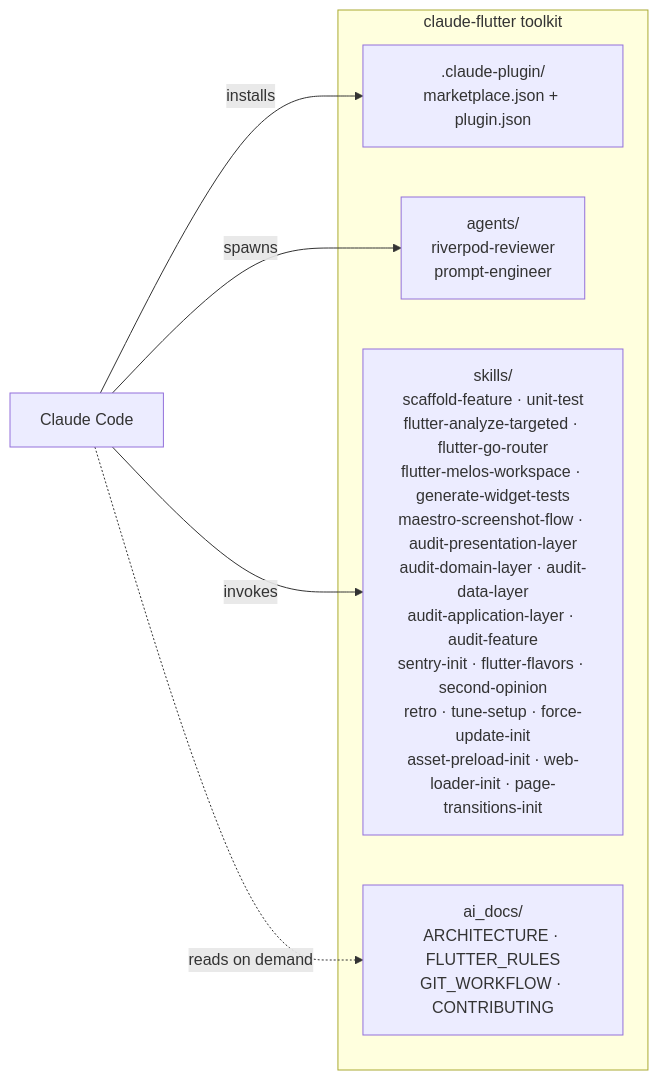
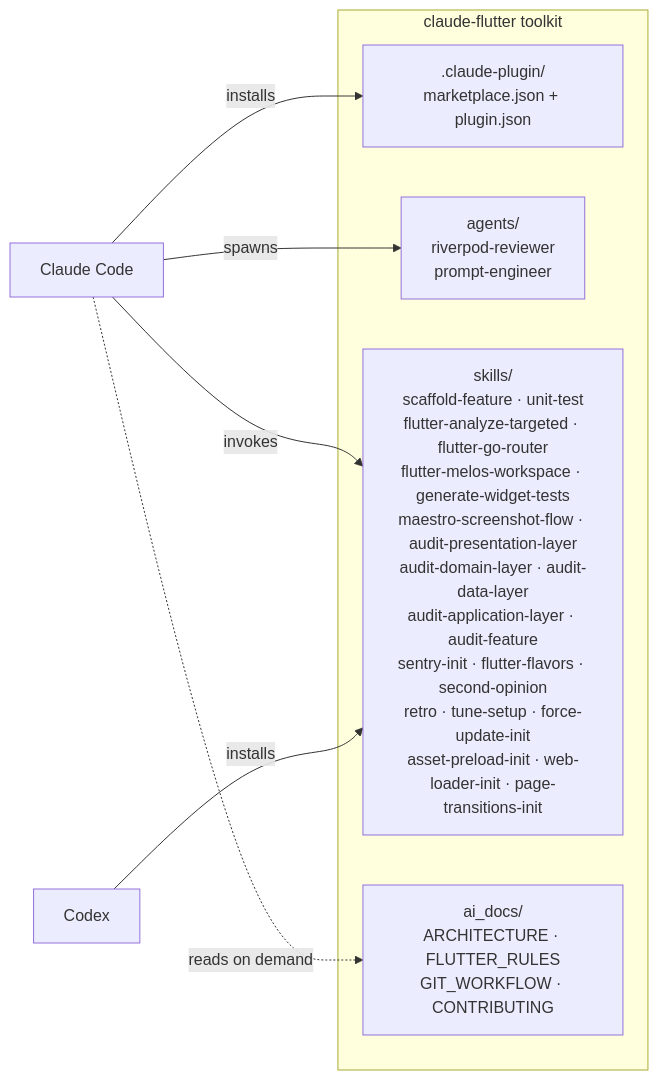
Before and after one commit to iamantoniodinuzzo/claude-flutter: the diagram in ai_docs/ARCHITECTURE.md, drawn with Mermaid. The commit also changed other lines of this file and 7 other files, not shown here.

````diff
--- a/ai_docs/ARCHITECTURE.md
+++ b/ai_docs/ARCHITECTURE.md
@@ -20,17 +22,19 @@
 ```mermaid
 flowchart LR
     subgraph Repo["claude-flutter toolkit"]
         plugin[".claude-plugin/\nmarketplace.json + plugin.json"]
         agents["agents/\nriverpod-reviewer\nprompt-engineer"]
         skills["skills/\nscaffold-feature · unit-test\nflutter-analyze-targeted · flutter-go-router\nflutter-melos-workspace · generate-widget-tests\nmaestro-screenshot-flow · audit-presentation-layer\naudit-domain-layer · audit-data-layer\naudit-application-layer · audit-feature\nsentry-init · flutter-flavors · second-opinion\nretro · tune-setup · force-update-init
 asset-preload-init · web-loader-init · page-transitions-init"]
         aidocs["ai_docs/\nARCHITECTURE · FLUTTER_RULES\nGIT_WORKFLOW · CONTRIBUTING"]
     end
 
     cc[Claude Code]
+    codex[Codex]
+    codex -->|installs| skills
 
     cc -->|installs| plugin
     cc -->|invokes| skills
     cc -->|spawns| agents
     cc -.->|reads on demand| aidocs
 ```
````
